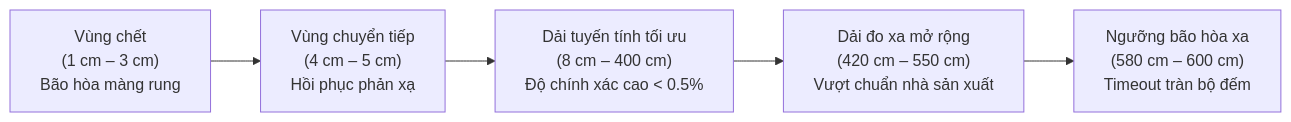
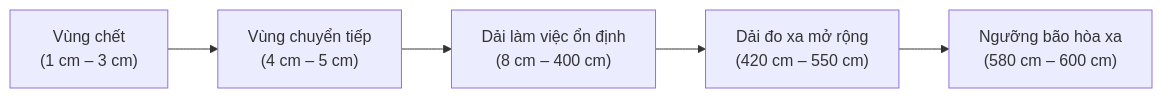
Before and after one commit to Sune27/RCWL1601: the first of 2 diagrams in markdown agent/Chuong_3_Phan_Tich_Ket_Qua.md, drawn with Mermaid. The commit also changed other lines of this file and 26 other files, not shown here.

````diff
--- a/markdown agent/Chuong_3_Phan_Tich_Ket_Qua.md
+++ b/markdown agent/Chuong_3_Phan_Tich_Ket_Qua.md
@@ -70,7 +75,7 @@
 ```mermaid
 flowchart LR
-    A["Vùng chết<br>(1 cm – 3 cm)<br>Bão hòa màng rung"] --> B["Vùng chuyển tiếp<br>(4 cm – 5 cm)<br>Hồi phục phản xạ"]
-    B --> C["Dải tuyến tính tối ưu<br>(8 cm – 400 cm)<br>Độ chính xác cao &lt; 0.5%"]
-    C --> D["Dải đo xa mở rộng<br>(420 cm – 550 cm)<br>Vượt chuẩn nhà sản xuất"]
-    D --> E["Ngưỡng bão hòa xa<br>(580 cm – 600 cm)<br>Timeout tràn bộ đếm"]
+    A["Vùng chết<br>(1 cm – 3 cm)"] --> B["Vùng chuyển tiếp<br>(4 cm – 5 cm)"]
+    B --> C["Dải làm việc ổn định<br>(8 cm – 400 cm)"]
+    C --> D["Dải đo xa mở rộng<br>(420 cm – 550 cm)"]
+    D --> E["Ngưỡng bão hòa xa<br>(580 cm – 600 cm)"]
 ```
````
